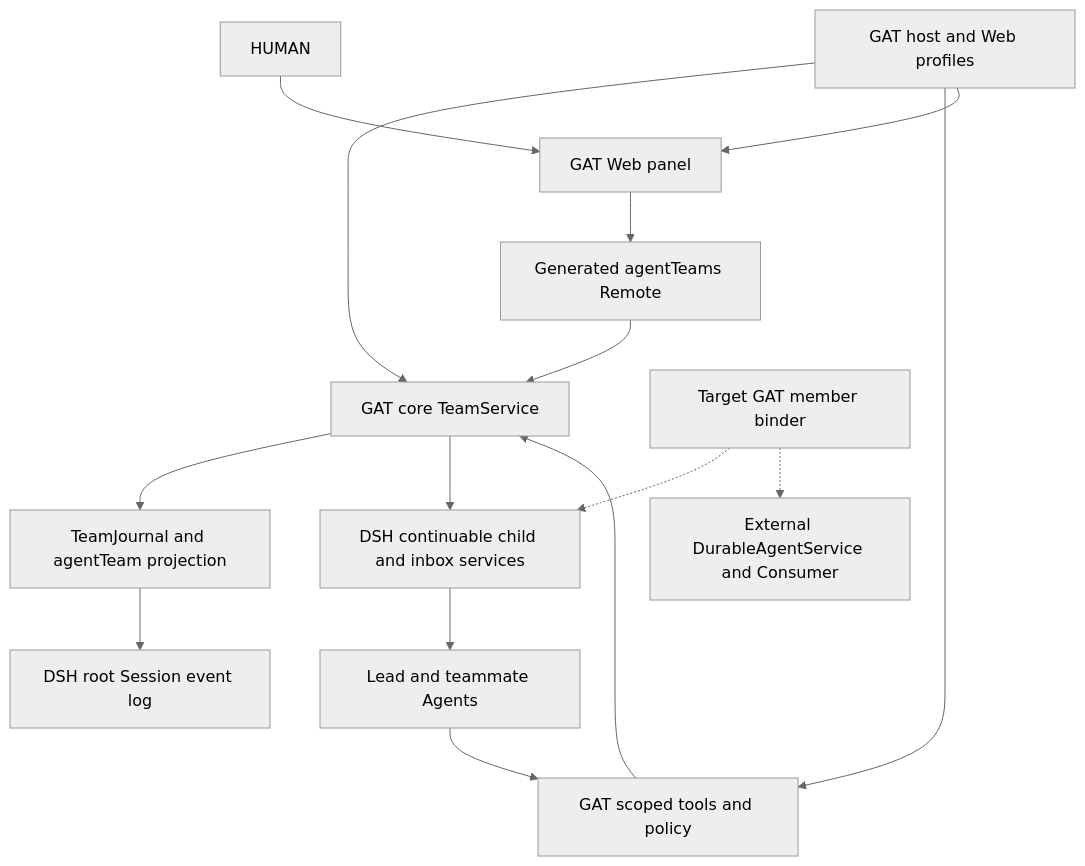
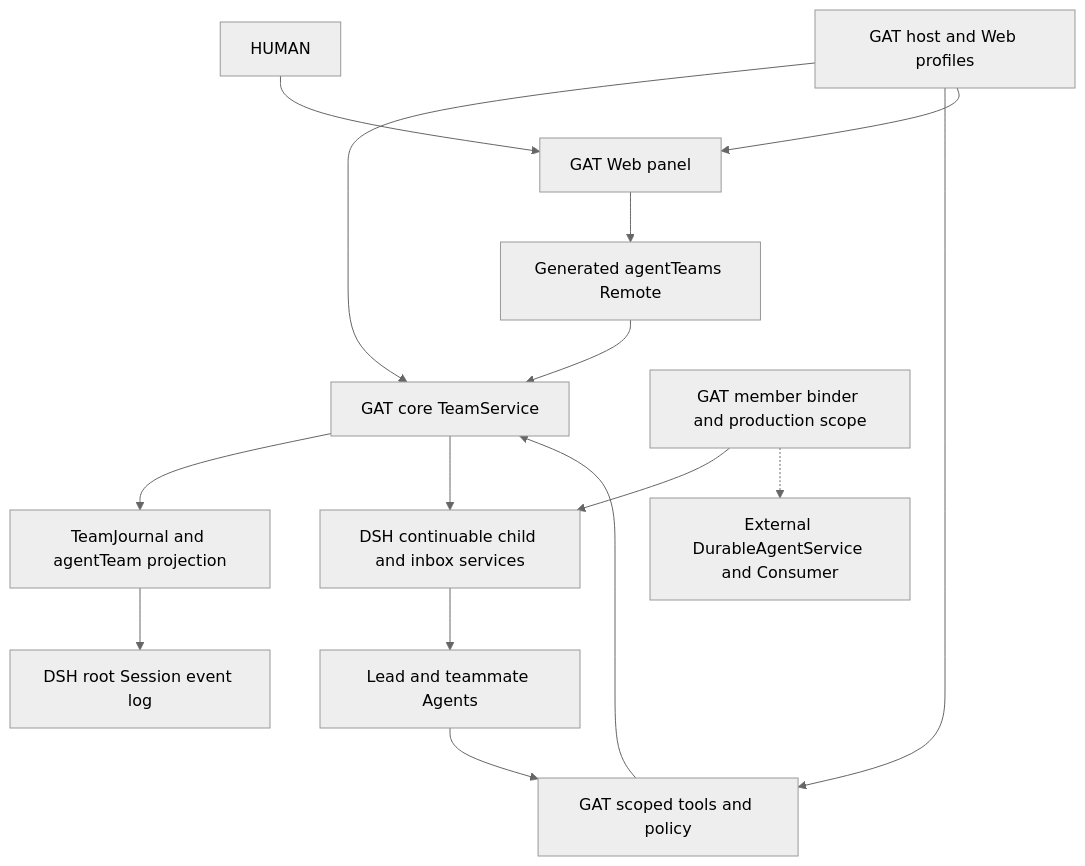
The diagram in docs/gat-design/ARCHITECTURE_DESIGN.md (hoinv-prv/dsh-governed-agent-team), drawn with Mermaid (neutral theme) before and after one commit. The commit also changed other lines of this file and 1036 other files, not shown here.

First line of the commit message:
feat(gat): complete governed durable member binding

````diff
--- a/docs/gat-design/ARCHITECTURE_DESIGN.md
+++ b/docs/gat-design/ARCHITECTURE_DESIGN.md
@@ -43,17 +43,17 @@
 ```mermaid
 flowchart TB
   H[HUMAN] --> UI[GAT Web panel]
   UI --> R[Generated agentTeams Remote]
   R --> C[GAT core TeamService]
   L[Lead and teammate Agents] --> T[GAT scoped tools and policy]
   T --> C
   C --> J[TeamJournal and agentTeam projection]
   J --> S[DSH root Session event log]
   C --> D[DSH continuable child and inbox services]
   D --> L
   P[GAT host and Web profiles] --> C
   P --> T
   P --> UI
-  B[Target GAT member binder] -.-> D
+  B[GAT member binder and production scope] --> D
   B -.-> DA[External DurableAgentService and Consumer]
 ```
````
